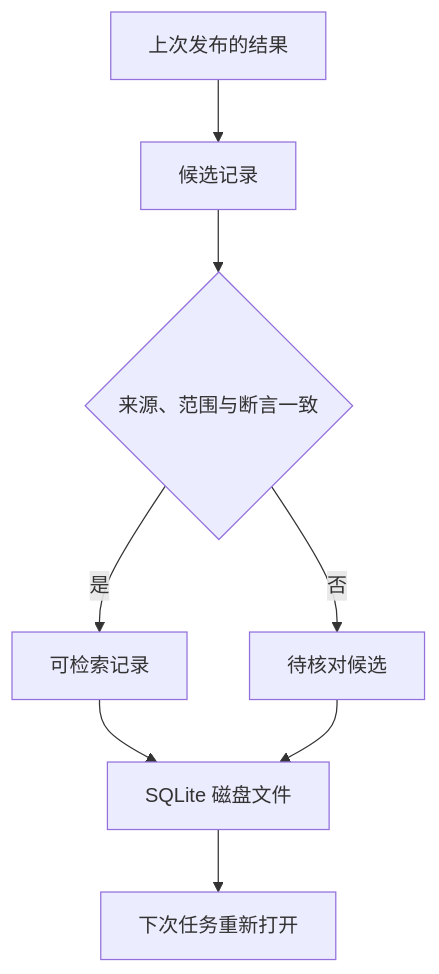
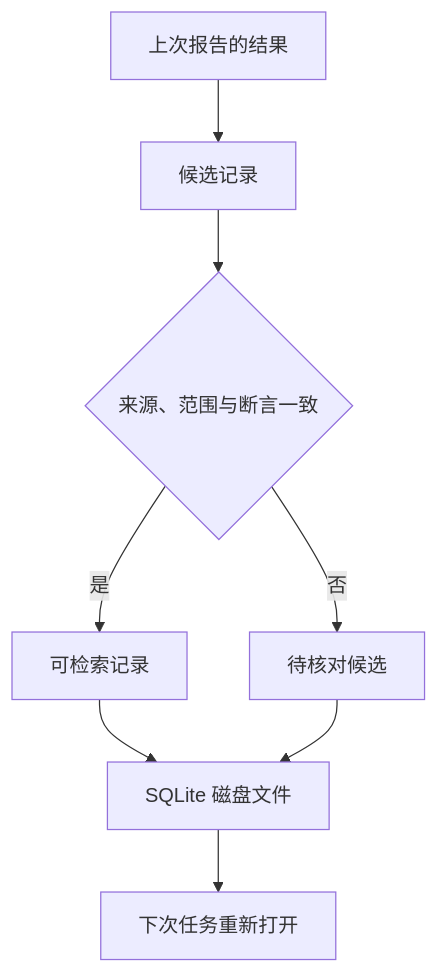
One commit to HarryYangthu/TheBestAIGuide changed the diagram in 10-Knowledge/13-memory/01-persist-verified-records.md. Above: the diagram before and after it, drawn with Mermaid. The commit also changed other lines of this file and 1846 other files, not shown here.

````diff
--- a/10-Knowledge/13-memory/01-persist-verified-records.md
+++ b/10-Knowledge/13-memory/01-persist-verified-records.md
@@ -5,10 +5,10 @@
 ```mermaid
 flowchart TD
-    O["上次发布的结果"] --> R["候选记录"]
+    O["上次报告的结果"] --> R["候选记录"]
     R --> V{"来源、范围与断言一致"}
     V -->|是| A["可检索记录"]
     V -->|否| C["待核对候选"]
     A --> D["SQLite 磁盘文件"]
     C --> D
     D --> N["下次任务重新打开"]
 ```
````
